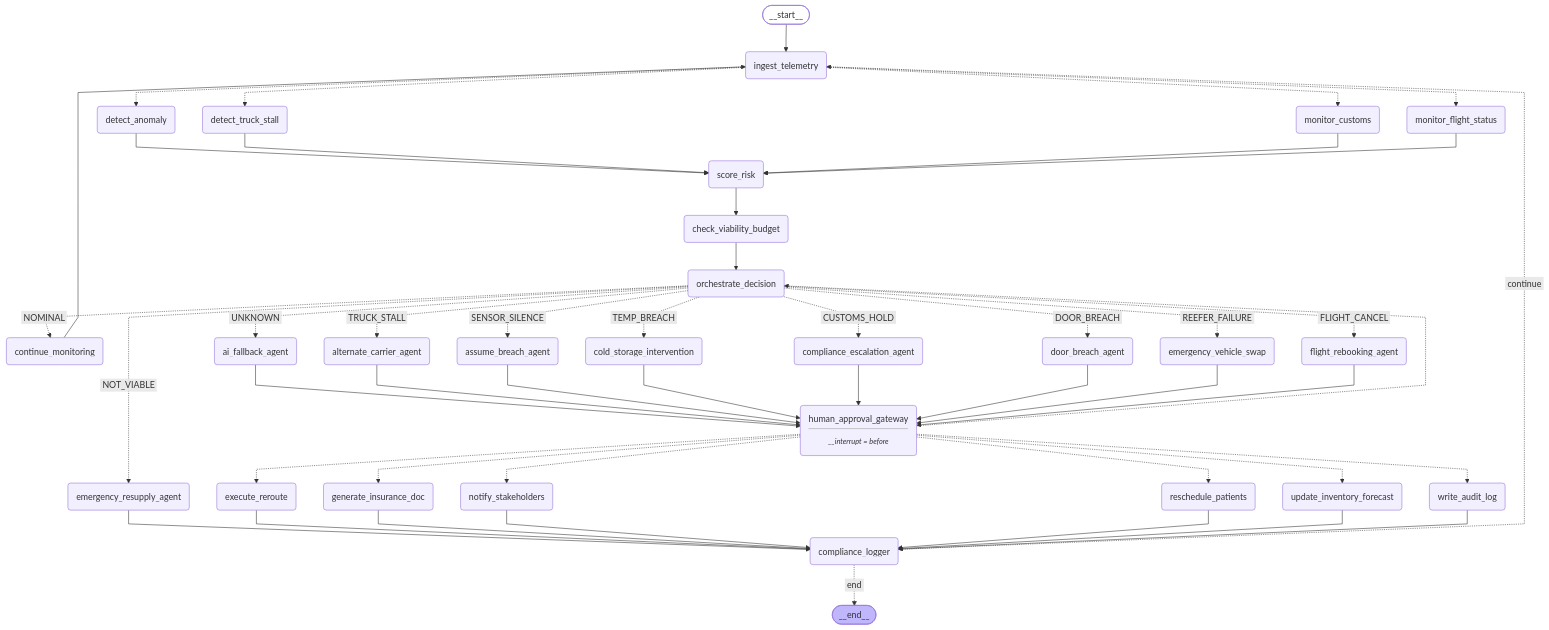
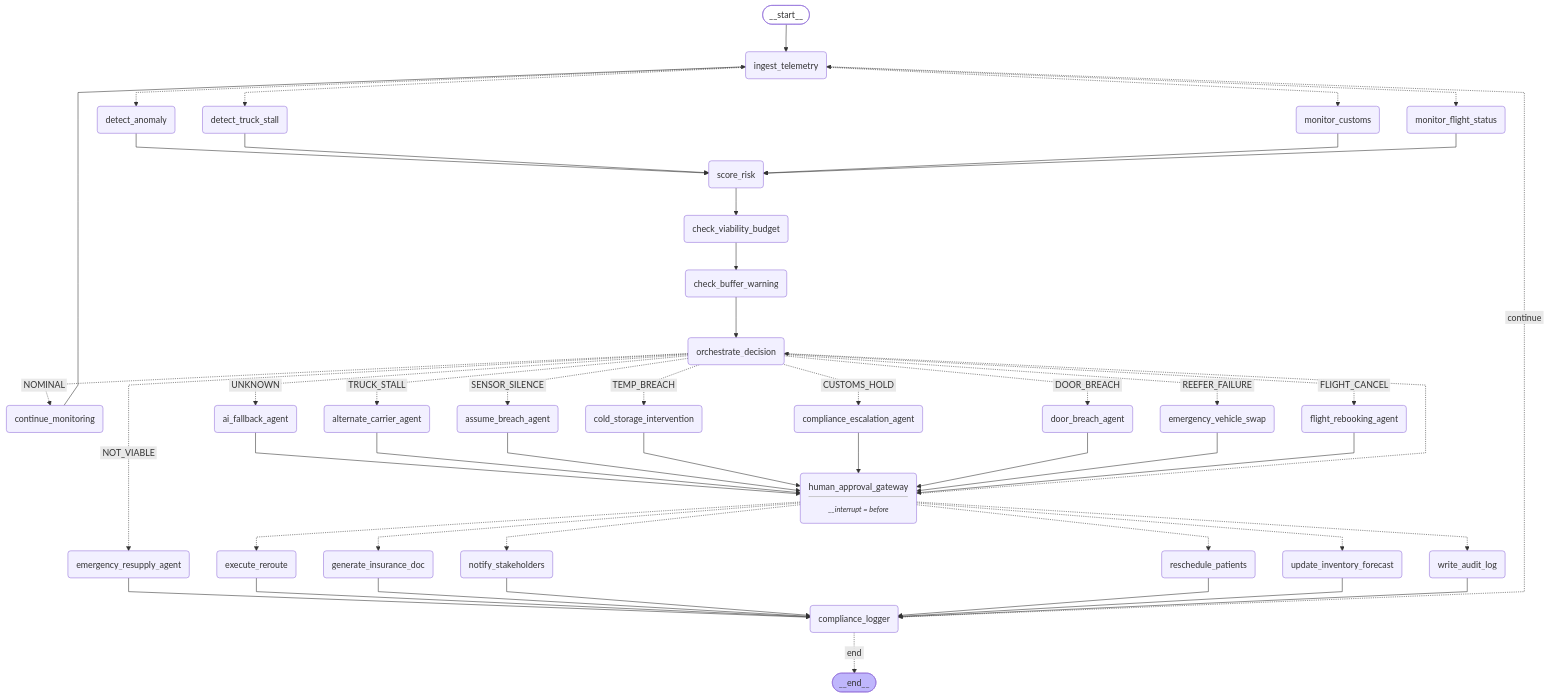
Before and after one commit to PranavShashidhara/AI_cargo_monitoring: the diagram in cargo_monitor_mermaid.md, drawn with Mermaid. The commit also changed 5 other files, not shown here.

```diff
--- a/cargo_monitor_mermaid.md
+++ b/cargo_monitor_mermaid.md
@@ -15,6 +15,7 @@
 	monitor_customs(monitor_customs)
 	score_risk(score_risk)
 	check_viability_budget(check_viability_budget)
+	check_buffer_warning(check_buffer_warning)
 	orchestrate_decision(orchestrate_decision)
 	continue_monitoring(continue_monitoring)
 	cold_storage_intervention(cold_storage_intervention)
@@ -39,7 +40,8 @@
 	ai_fallback_agent --> human_approval_gateway;
 	alternate_carrier_agent --> human_approval_gateway;
 	assume_breach_agent --> human_approval_gateway;
-	check_viability_budget --> orchestrate_decision;
+	check_buffer_warning --> orchestrate_decision;
+	check_viability_budget --> check_buffer_warning;
 	cold_storage_intervention --> human_approval_gateway;
 	compliance_escalation_agent --> human_approval_gateway;
 	compliance_logger -. &nbsp;end&nbsp; .-> __end__;
```
